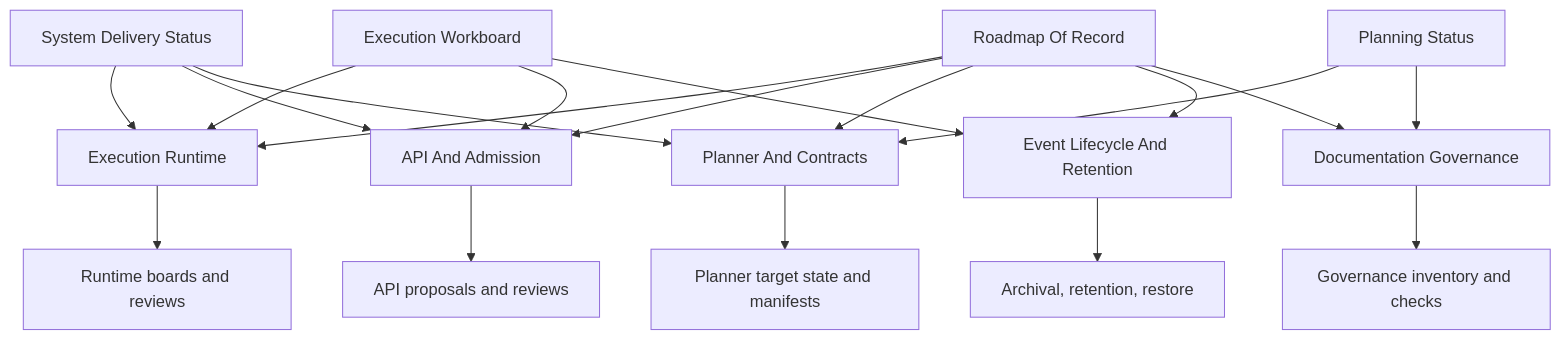
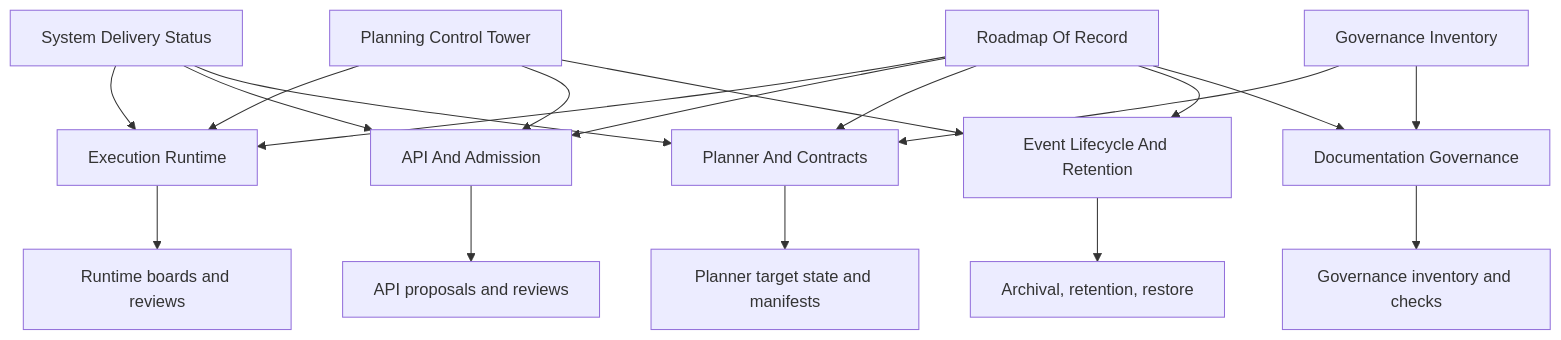
The diagram in docs/planning/roadmap/diagrams/planning-domain-map.md (dunay2/dvt), drawn with Mermaid before and after one commit. The commit also changed 61 other files, not shown here.

````diff
--- a/docs/planning/roadmap/diagrams/planning-domain-map.md
+++ b/docs/planning/roadmap/diagrams/planning-domain-map.md
@@ -14,28 +14,28 @@
 ```mermaid
 flowchart TB
   RR[Roadmap Of Record]
   SD[System Delivery Status]
-  WB[Execution Workboard]
-  PS[Planning Status]
+  PT[Planning Control Tower]
+  GI[Governance Inventory]
 
   RR --> EX[Execution Runtime]
   RR --> API[API And Admission]
   RR --> PLC[Planner And Contracts]
   RR --> EVT[Event Lifecycle And Retention]
   RR --> DOC[Documentation Governance]
 
   SD --> EX
   SD --> API
   SD --> PLC
-  WB --> EX
-  WB --> API
-  WB --> EVT
-  PS --> PLC
-  PS --> DOC
+  PT --> EX
+  PT --> API
+  PT --> EVT
+  GI --> PLC
+  GI --> DOC
 
   EX --> EXR[Runtime boards and reviews]
   API --> APR[API proposals and reviews]
   PLC --> PLR[Planner target state and manifests]
   EVT --> EVR[Archival, retention, restore]
   DOC --> DOR[Governance inventory and checks]
 ```
````
